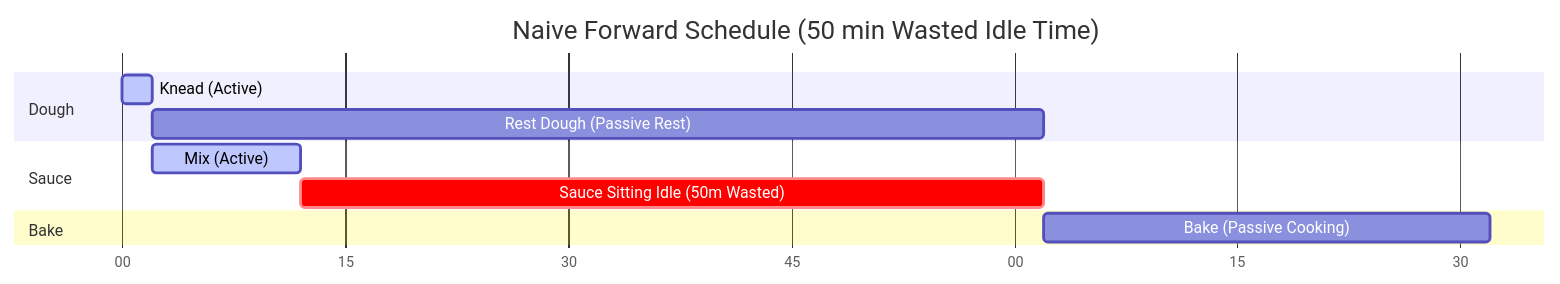
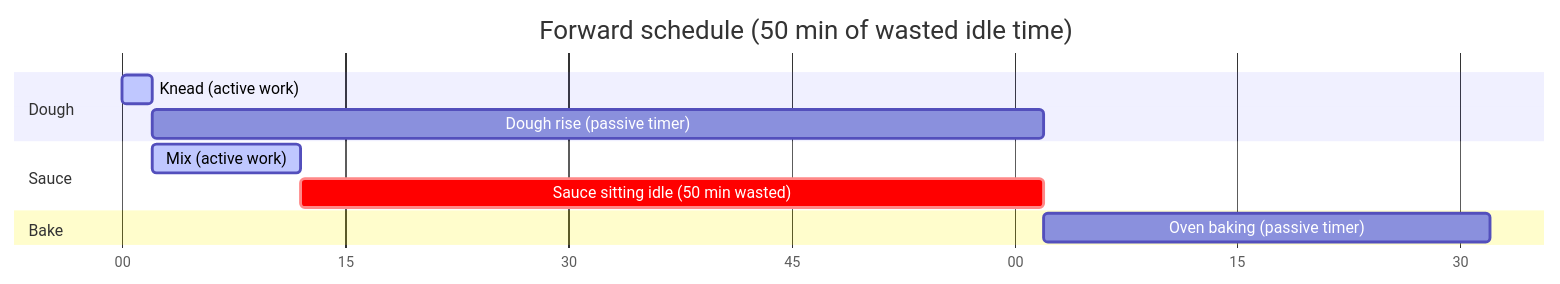
The first of 5 diagrams in packages/docs/src/content/docs/docs/explanation/alap-scheduling.mdx (gram-lang/gram), drawn with Mermaid before and after one commit. The commit also changed other lines of this file and 126 other files, not shown here.

````diff
--- a/packages/docs/src/content/docs/docs/explanation/alap-scheduling.mdx
+++ b/packages/docs/src/content/docs/docs/explanation/alap-scheduling.mdx
@@ -26,17 +27,17 @@
 ```mermaid
 gantt
-    title Naive Forward Schedule (50 min Wasted Idle Time)
+    title Forward schedule (50 min of wasted idle time)
     dateFormat  m
     axisFormat %M
     
     section Dough
-    Knead (Active)                 : active, a1, 0, 2m
-    Rest Dough (Passive Rest)      : a2, after a1, 60m
+    Knead (active work)                 : active, a1, 0, 2m
+    Dough rise (passive timer)          : a2, after a1, 60m
     
     section Sauce
-    Mix (Active)                   : active, a3, after a1, 10m
-    Sauce Sitting Idle (50m Wasted): crit, a4, after a3, 50m
+    Mix (active work)                   : active, a3, after a1, 10m
+    Sauce sitting idle (50 min wasted)  : crit, a4, after a3, 50m
     
     section Bake
-    Bake (Passive Cooking)         : a5, after a2, 30m
+    Oven baking (passive timer)         : a5, after a2, 30m
 ```
````
